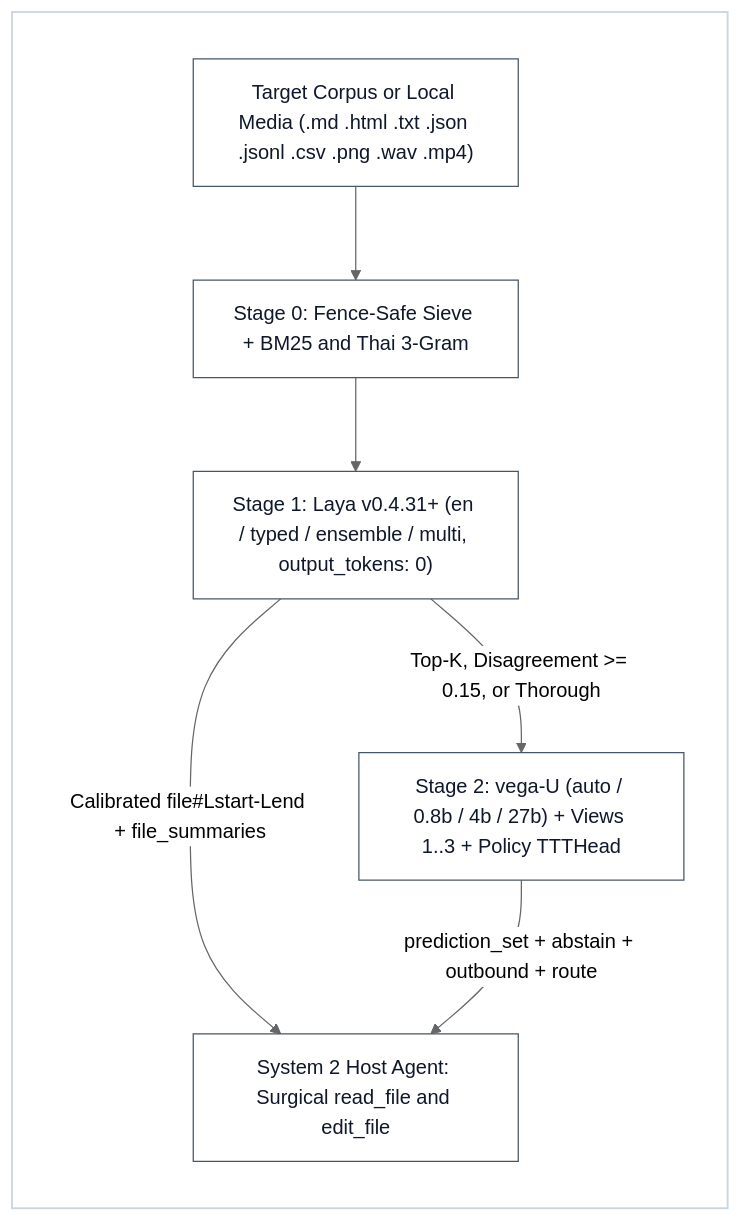
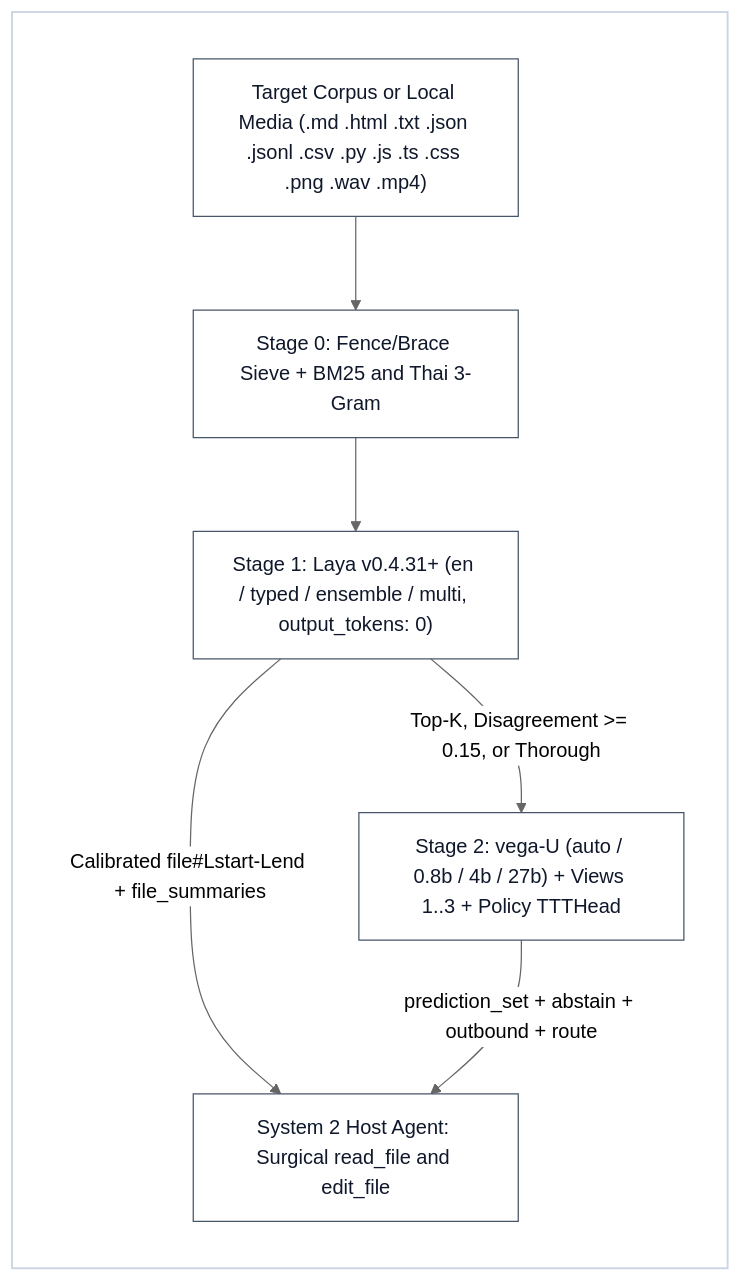
One commit to iscvlab/xboost changed the diagram in skills/xlaya/SKILL.md. Above: the diagram before and after it, drawn with Mermaid. The commit also changed other lines of this file and 4 other files, not shown here.

````diff
--- a/skills/xlaya/SKILL.md
+++ b/skills/xlaya/SKILL.md
@@ -24,13 +24,13 @@
 ```mermaid
 %%{init: {'theme': 'neutral'}}%%
 flowchart LR
     subgraph Canvas [" "]
-        In["Target Corpus or Local Media (.md .html .txt .json .jsonl .csv .png .wav .mp4)"] --> S0["Stage 0: Fence-Safe Sieve + BM25 and Thai 3-Gram"]
+        In["Target Corpus or Local Media (.md .html .txt .json .jsonl .csv .py .js .ts .css .png .wav .mp4)"] --> S0["Stage 0: Fence/Brace Sieve + BM25 and Thai 3-Gram"]
         S0 --> S1["Stage 1: Laya v0.4.31+ (en / typed / ensemble / multi, output_tokens: 0)"]
         S1 -->|"Top-K, Disagreement >= 0.15, or Thorough"| S2["Stage 2: vega-U (auto / 0.8b / 4b / 27b) + Views 1..3 + Policy TTTHead"]
         S1 -->|"Calibrated file#Lstart-Lend + file_summaries"| S3["System 2 Host Agent: Surgical read_file and edit_file"]
         S2 -->|"prediction_set + abstain + outbound + route"| S3
     end
     classDef default fill:#ffffff,stroke:#475569,color:#0f172a,stroke-width:1px
     style Canvas fill:#ffffff,stroke:#cbd5e1,stroke-width:1.5px,color:#0f172a
 ```
````
